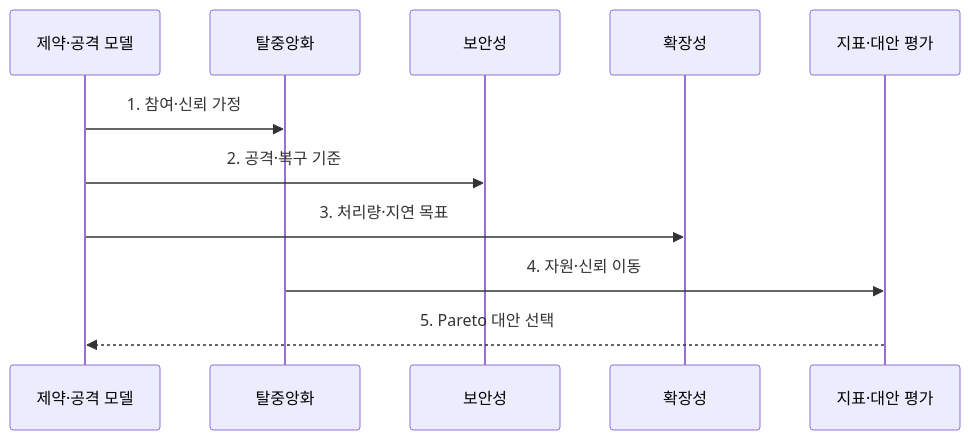
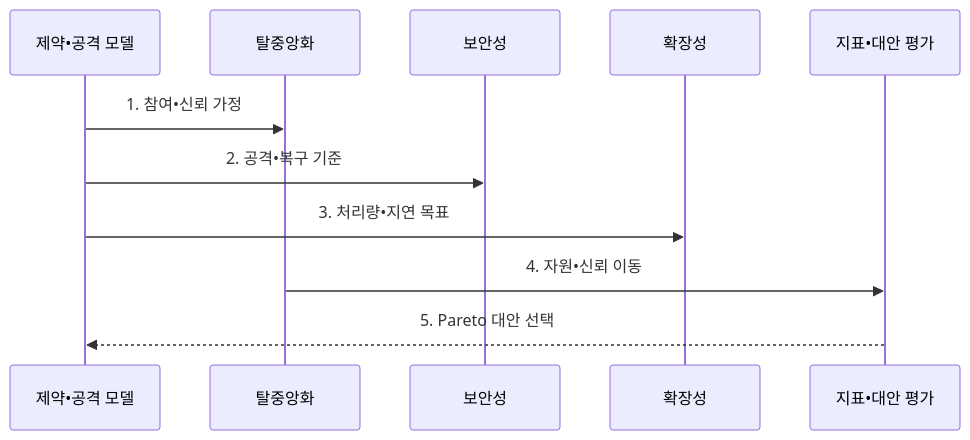
One commit to agnusdei1207/knowledge-base changed the second of 2 diagrams in src/content/docs/notes/08-latest-tech/218_blockchain_trilemma.md. Above: the diagram before and after it, drawn with Mermaid. The commit also changed other lines of this file and 953 other files, not shown here.

````diff
--- a/src/content/docs/notes/08-latest-tech/218_blockchain_trilemma.md
+++ b/src/content/docs/notes/08-latest-tech/218_blockchain_trilemma.md
@@ -97,13 +97,13 @@
 ```mermaid
 sequenceDiagram
-  participant M as 제약·공격 모델
+  participant M as 제약•공격 모델
   participant D as 탈중앙화
   participant S as 보안성
   participant X as 확장성
-  participant E as 지표·대안 평가
-  M->>D: 1. 참여·신뢰 가정
-  M->>S: 2. 공격·복구 기준
-  M->>X: 3. 처리량·지연 목표
-  D->>E: 4. 자원·신뢰 이동
+  participant E as 지표•대안 평가
+  M->>D: 1. 참여•신뢰 가정
+  M->>S: 2. 공격•복구 기준
+  M->>X: 3. 처리량•지연 목표
+  D->>E: 4. 자원•신뢰 이동
   E-->>M: 5. Pareto 대안 선택
 ```
````
